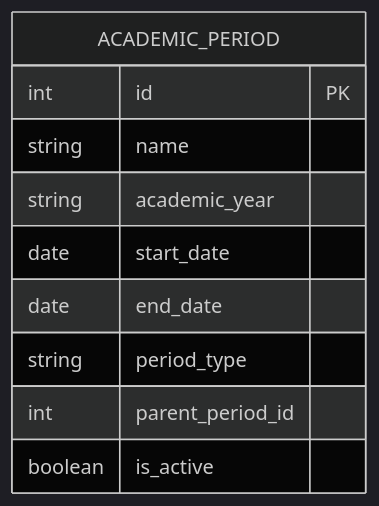
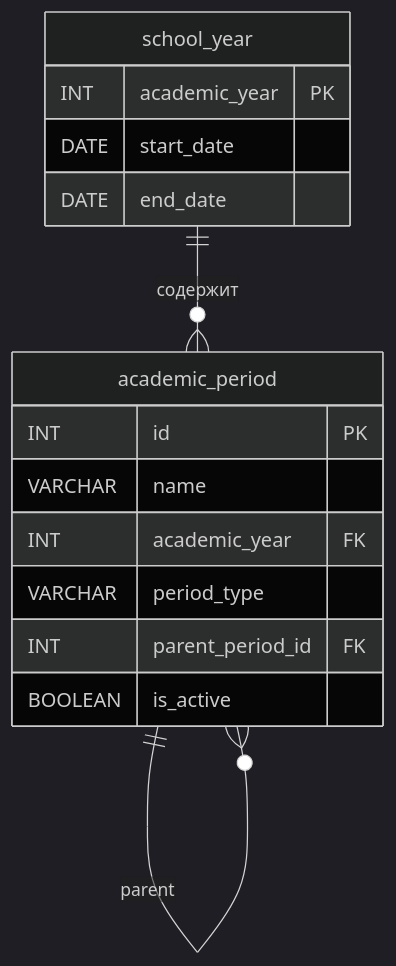
The diagram in S20/doc.md (YuriSilenok/KPK_UP2_24-1P11), drawn with Mermaid (dark theme) before and after one commit.

````diff
--- a/S20/doc.md
+++ b/S20/doc.md
@@ -117,13 +117,20 @@
 ```mermaid
 erDiagram
-    ACADEMIC_PERIOD {
-        int id PK
-        string name
-        string academic_year
-        date start_date
-        date end_date
-        string period_type
-        int parent_period_id
-        boolean is_active
+    school_year {
+        INT academic_year PK
+        DATE start_date
+        DATE end_date
     }
+
+    academic_period {
+        INT id PK
+        VARCHAR name
+        INT academic_year FK
+        VARCHAR period_type
+        INT parent_period_id FK
+        BOOLEAN is_active
+    }
+
+    school_year ||--o{ academic_period : "содержит"
+    academic_period ||--o{ academic_period : "parent"
 ```
````
